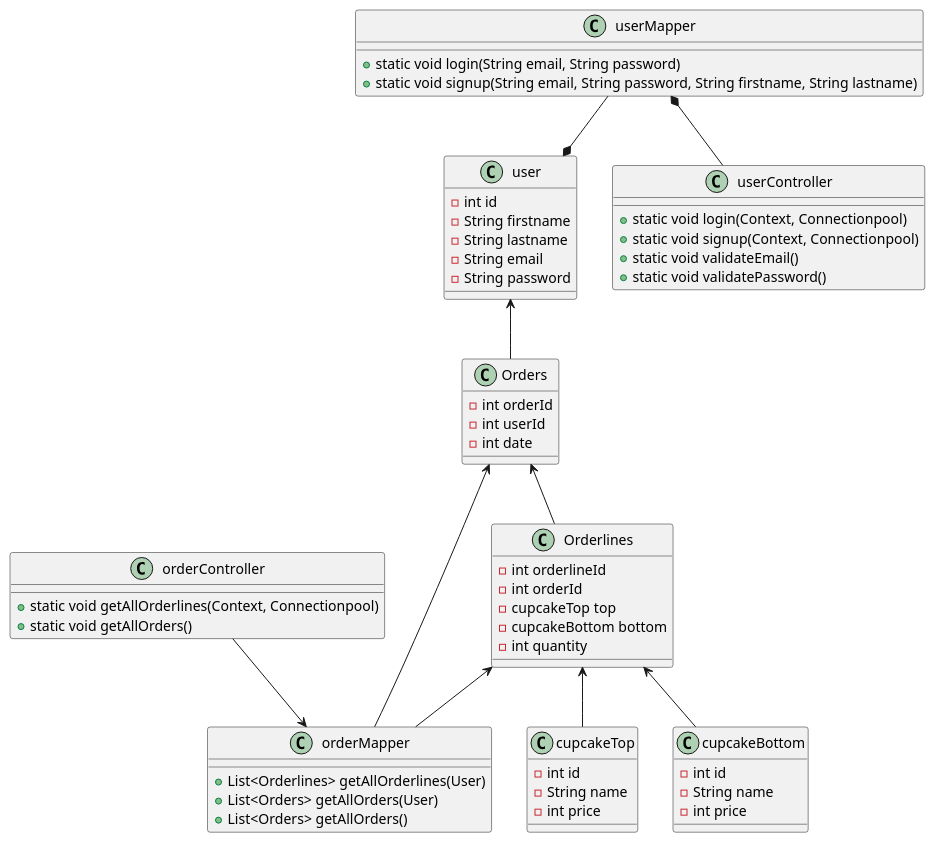
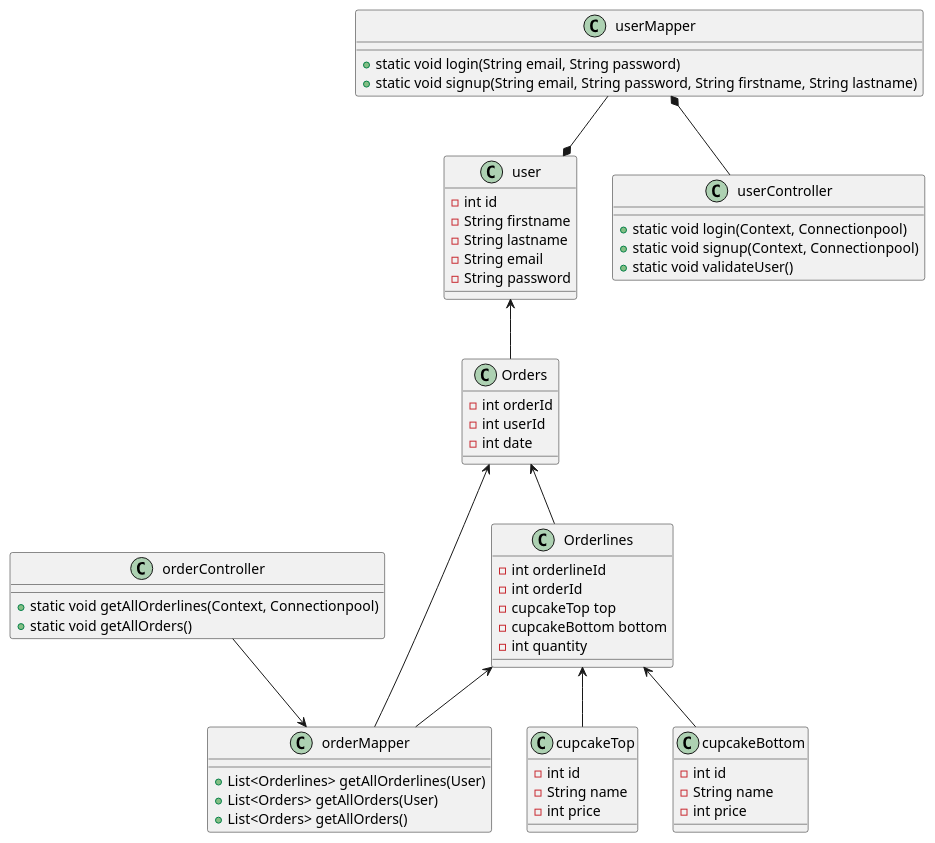
One commit to Schel-beck/cupCakeProject2sem changed the diagram in src/domæne/classDiagram.puml. Above: the diagram before and after it, drawn with PlantUML. The commit also changed 3 other files, not shown here.

```diff
--- a/src/domæne/classDiagram.puml
+++ b/src/domæne/classDiagram.puml
@@ -1,71 +1,70 @@
 @startuml
 class user {
     - int id
     - String firstname
     - String lastname
     - String email
     - String password
 }
 
 class Orderlines {
     - int orderlineId
     - int orderId
     - cupcakeTop top
     - cupcakeBottom bottom
     - int quantity
 }
 
 class cupcakeTop{
     - int id
     - String name
     - int price
 }
 
 class cupcakeBottom {
     - int id
     - String name
     - int price
 }
 
 class Orders {
     - int orderId
     - int userId
     - int date
 }
 
 class userMapper{
     + static void login(String email, String password)
     + static void signup(String email, String password, String firstname, String lastname)
 }
 
 class orderMapper {
     + List<Orderlines> getAllOrderlines(User)
     + List<Orders> getAllOrders(User)
     + List<Orders> getAllOrders()
 }
 
 class userController {
     + static void login(Context, Connectionpool)
     + static void signup(Context, Connectionpool)
-    + static void validateEmail()
-    + static void validatePassword()
+    + static void validateUser()
 }
 
 class orderController {
     + static void getAllOrderlines(Context, Connectionpool)
     + static void getAllOrders()
 }
 
 Orderlines <-- cupcakeTop
 Orderlines <-- cupcakeBottom
 Orders <-- Orderlines
 user <-- Orders
 userMapper --* user
 userMapper *-- userController
 Orders <-- orderMapper
 Orderlines <-- orderMapper
 orderController --> orderMapper
 
 
 
 @enduml
```
